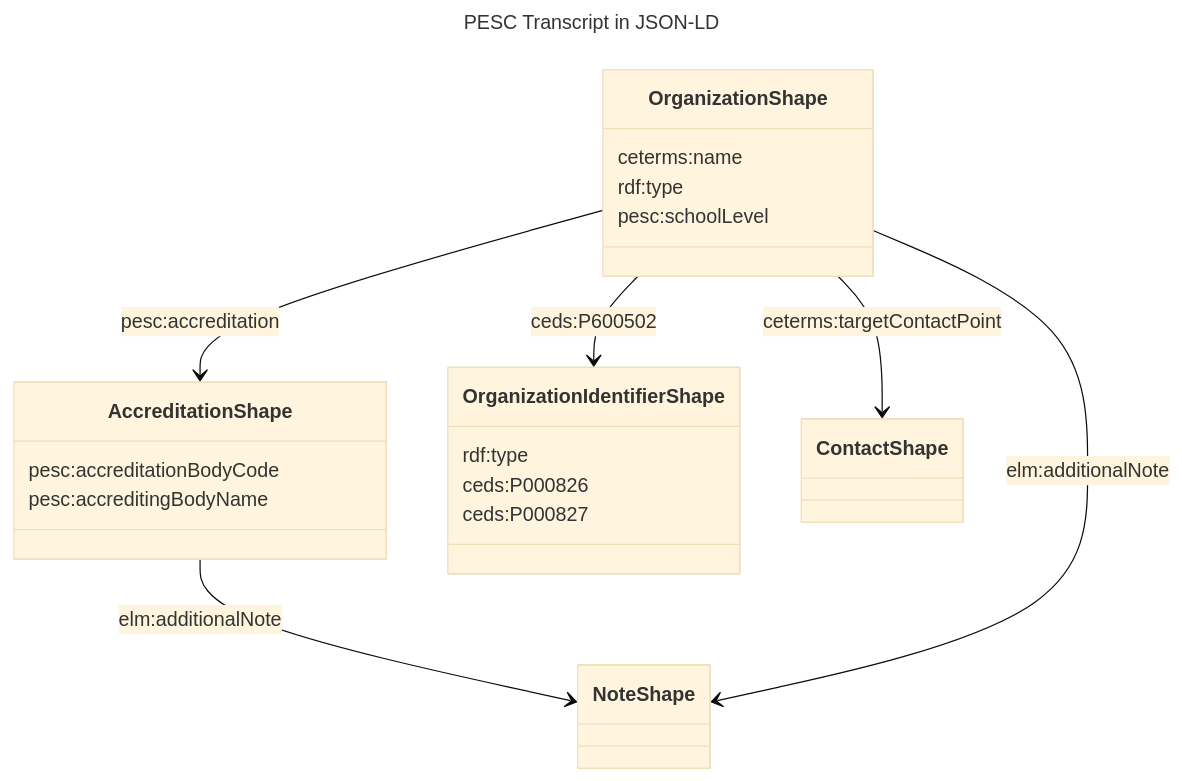
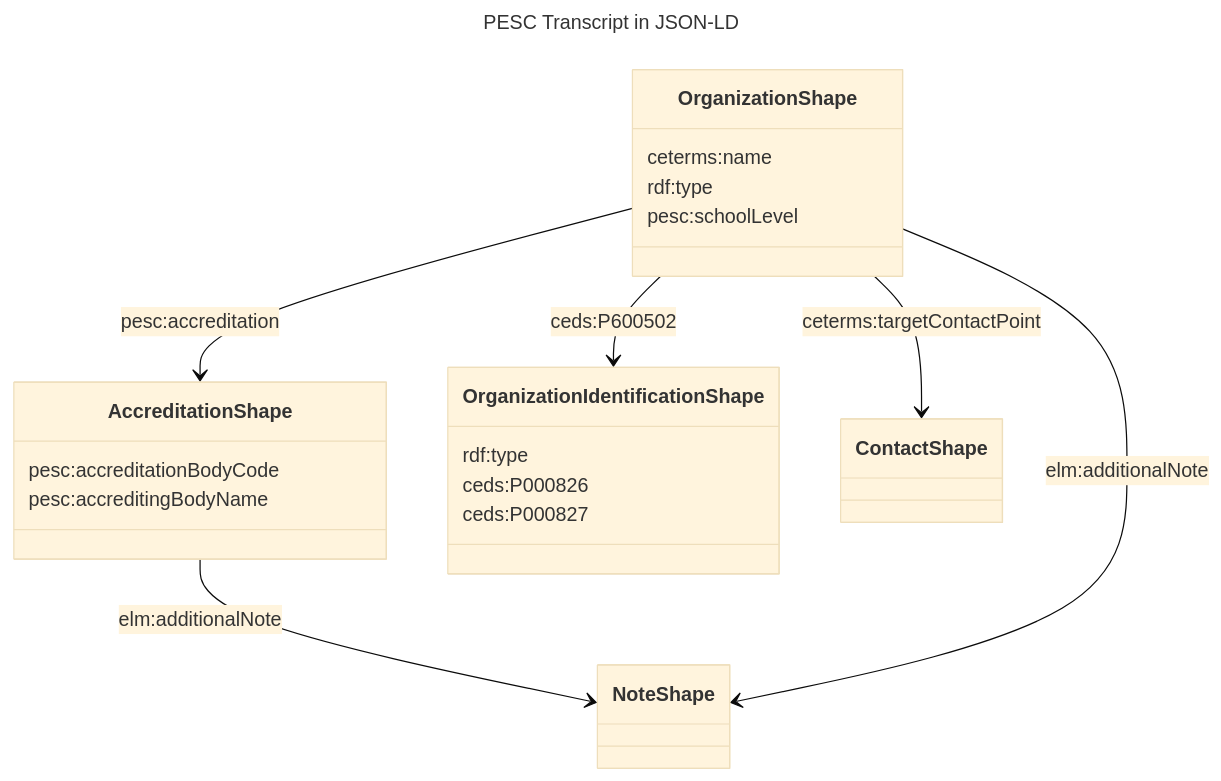
The diagram in TAP+SHACL/organization.md (pesc-org/json-ld-transcript), drawn with Mermaid (base theme) before and after one commit. The commit also changed 14 other files, not shown here.

````diff
--- a/TAP+SHACL/organization.md
+++ b/TAP+SHACL/organization.md
@@ -3,24 +3,24 @@
 ```mermaid
 ---
 url: https://docs.google.com/spreadsheets/d/18HzS4phUl7olmUEjh0deA3vgVPdque4_iGzK7_zTWLE/
 title: PESC Transcript in JSON-LD
 description: AP for PESC transcripts
 author: Phil Barker
 date: 2024-08-12
 lang: en
 ---
 classDiagram
 	AccreditationShape --> NoteShape : elm#58;additionalNote
 	AccreditationShape : pesc#58;accreditationBodyCode
 	AccreditationShape : pesc#58;accreditingBodyName
-	OrganizationIdentifierShape : rdf#58;type
-	OrganizationIdentifierShape : ceds#58;P000826
-	OrganizationIdentifierShape : ceds#58;P000827
+	OrganizationIdentificationShape : rdf#58;type
+	OrganizationIdentificationShape : ceds#58;P000826
+	OrganizationIdentificationShape : ceds#58;P000827
 	OrganizationShape --> NoteShape : elm#58;additionalNote
 	OrganizationShape : ceterms#58;name
 	OrganizationShape --> ContactShape : ceterms#58;targetContactPoint
 	OrganizationShape --> AccreditationShape : pesc#58;accreditation
 	OrganizationShape : rdf#58;type
-	OrganizationShape --> OrganizationIdentifierShape : ceds#58;P600502
+	OrganizationShape --> OrganizationIdentificationShape : ceds#58;P600502
 	OrganizationShape : pesc#58;schoolLevel
 ```
````
